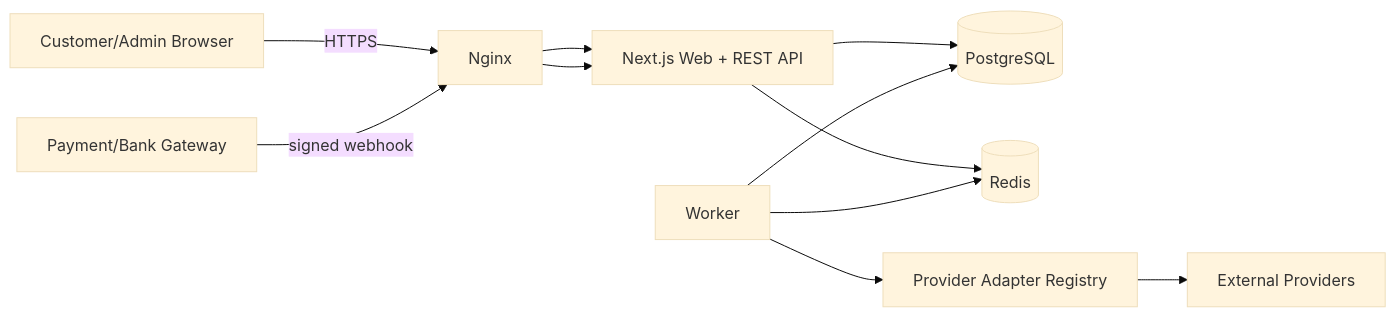
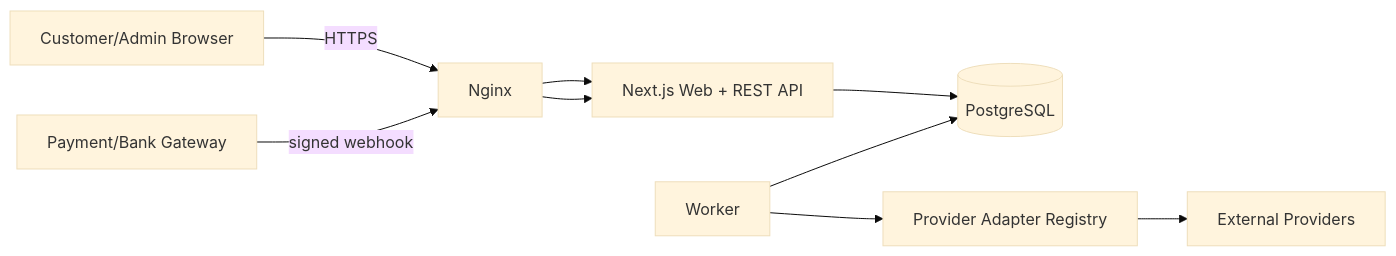
One commit to NhatTiens/ttc changed the first of 2 diagrams in docs/architecture/ARCHITECTURE.md. Above: the diagram before and after it, drawn with Mermaid (base theme). The commit also changed other lines of this file and 85 other files, not shown here.

Commit message:
Complete Work 07 wallet reservation and quote architecture

````diff
--- a/docs/architecture/ARCHITECTURE.md
+++ b/docs/architecture/ARCHITECTURE.md
@@ -27,23 +22,20 @@
 ```mermaid
 flowchart LR
   U[Customer/Admin Browser]
   N[Nginx]
   W[Next.js Web + REST API]
   DB[(PostgreSQL)]
-  R[(Redis)]
   WK[Worker]
   PA[Provider Adapter Registry]
   EP[External Providers]
   PG[Payment/Bank Gateway]
 
   U -->|HTTPS| N
   N --> W
   W --> DB
-  W --> R
   WK --> DB
-  WK --> R
   WK --> PA
   PA --> EP
   PG -->|signed webhook| N
   N --> W
 ```
````
